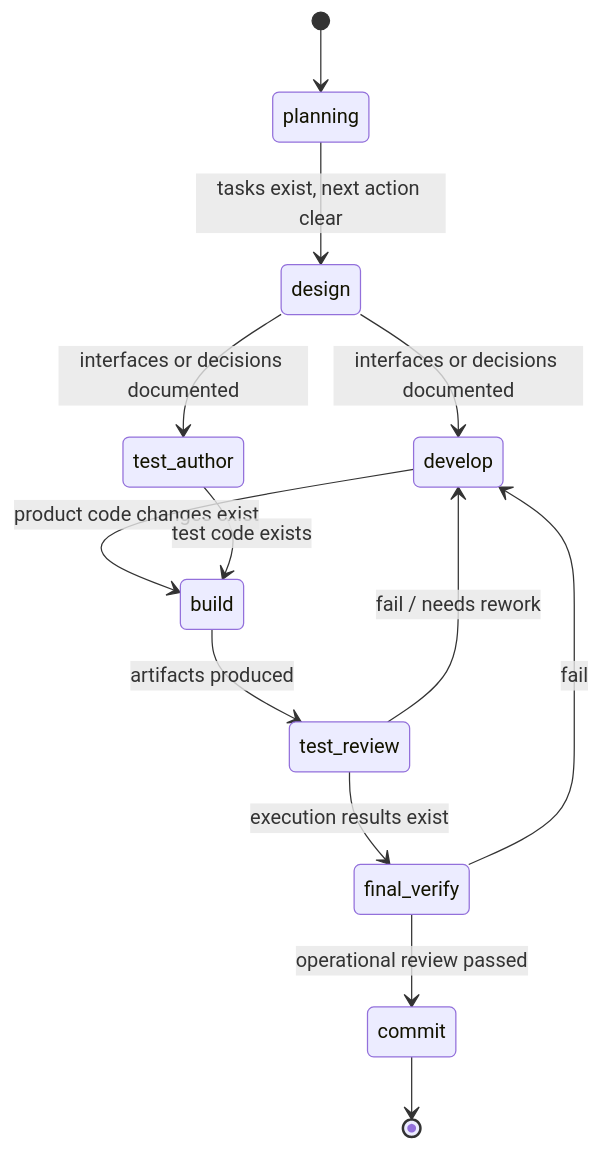
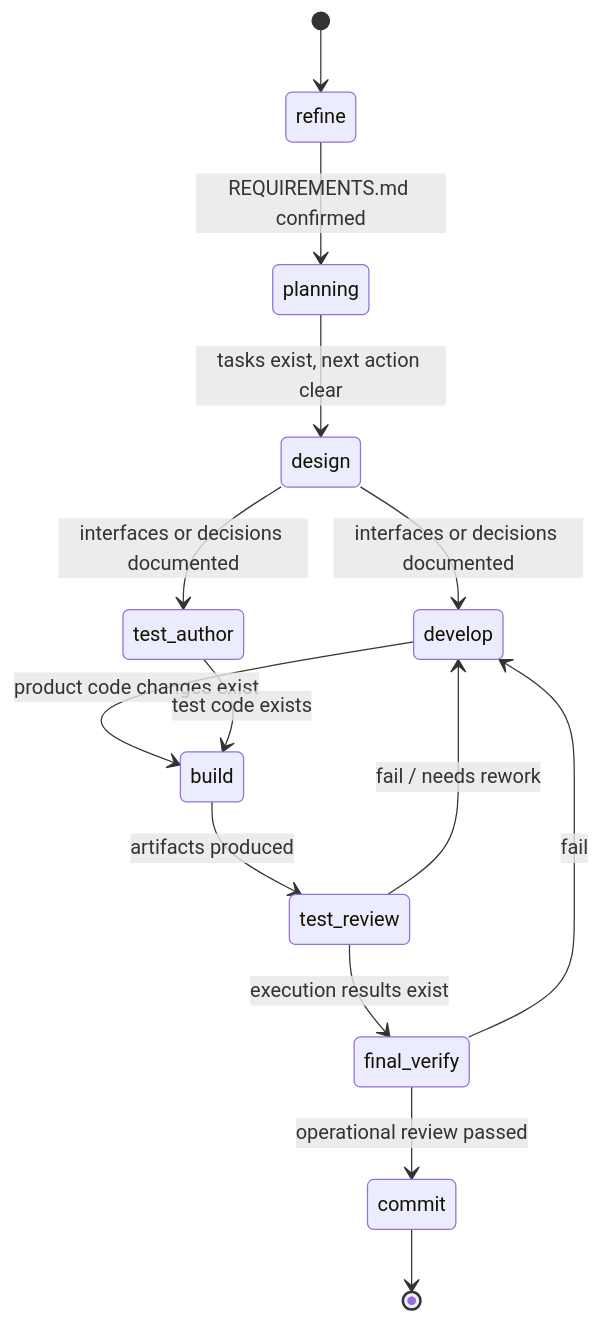
One commit to hjhun/dormammu changed the fifth of 6 diagrams in docs/GUIDE.md. Above: the diagram before and after it, drawn with Mermaid. The commit also changed other lines of this file and 14 other files, not shown here.

````diff
--- a/docs/GUIDE.md
+++ b/docs/GUIDE.md
@@ -654,15 +769,16 @@
 ```mermaid
 stateDiagram-v2
-    [*] --> planning
+    [*] --> refine
+    refine --> planning : REQUIREMENTS.md confirmed
     planning --> design : tasks exist, next action clear
     design --> develop : interfaces or decisions documented
     design --> test_author : interfaces or decisions documented
     develop --> build : product code changes exist
     test_author --> build : test code exists
     build --> test_review : artifacts produced
     test_review --> final_verify : execution results exist
     test_review --> develop : fail / needs rework
     final_verify --> commit : operational review passed
     final_verify --> develop : fail
     commit --> [*]
 ```
````
